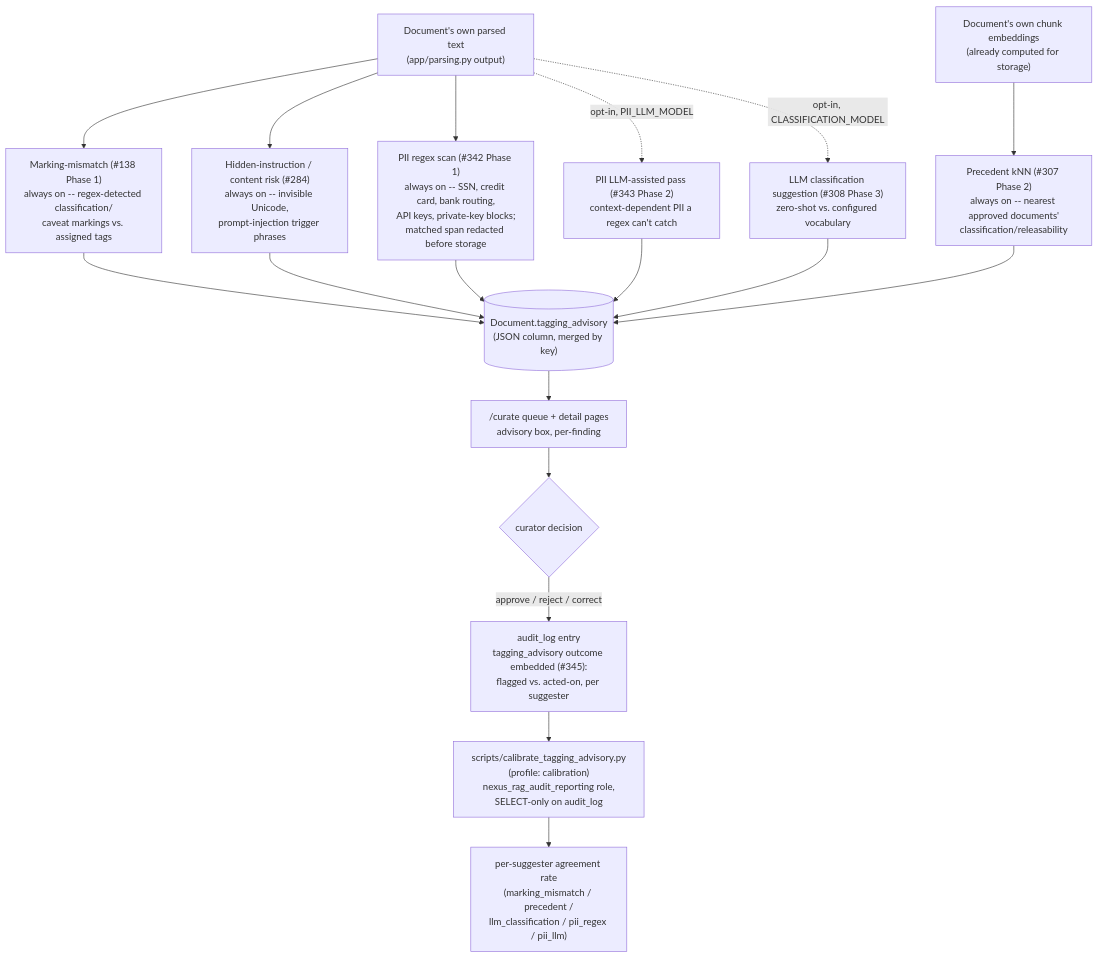
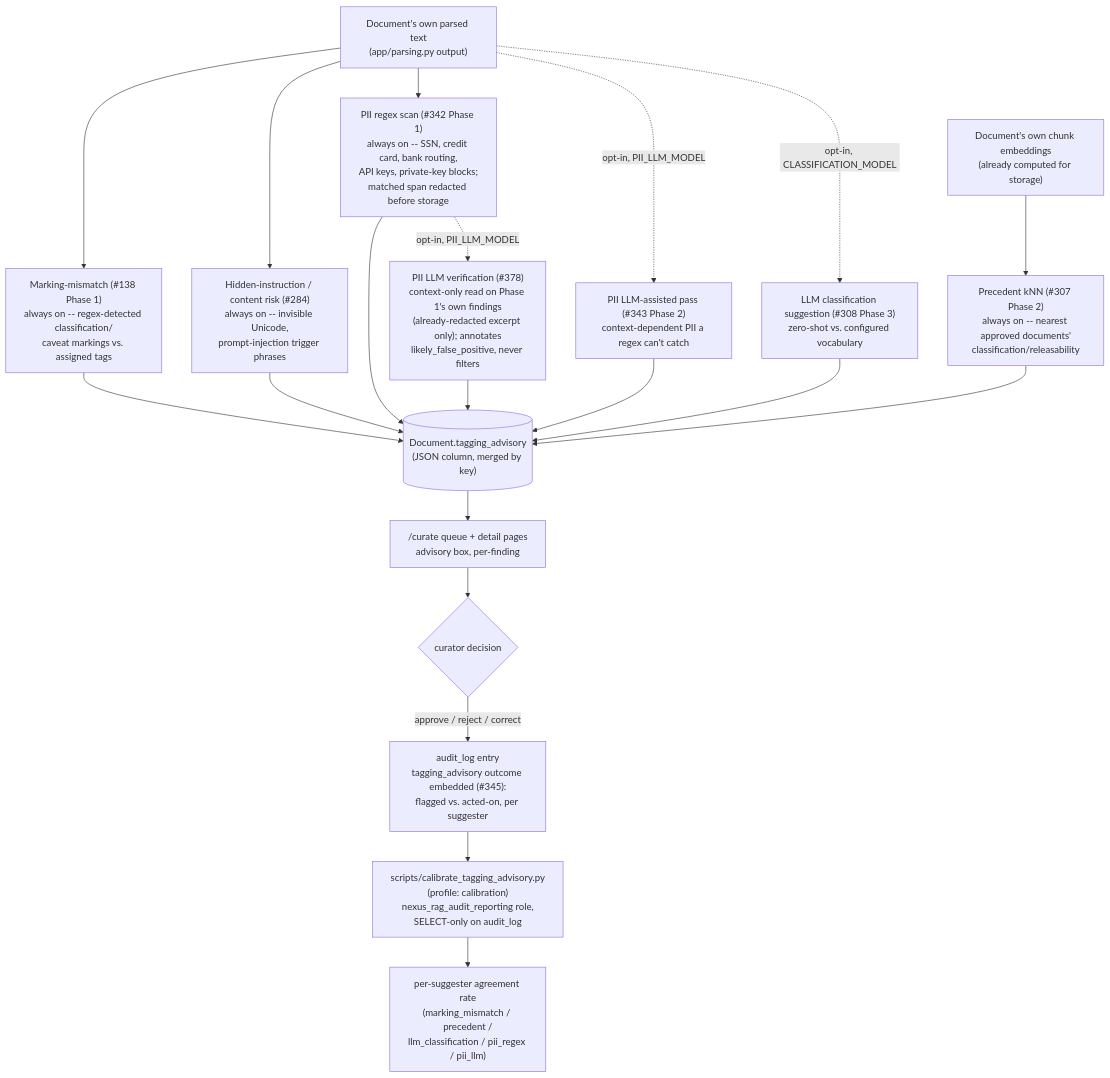
The eighth of 9 diagrams in ARCHITECTURE.md (allamiro/nexus-rag), drawn with Mermaid before and after one commit. The commit also changed other lines of this file and 9 other files, not shown here.

First line of the commit message:
Verify Phase 1 PII regex findings with the LLM pass to cut false positives (#378) (#379)

````diff
--- a/ARCHITECTURE.md
+++ b/ARCHITECTURE.md
@@ -444,19 +444,20 @@
 ```mermaid
 flowchart TD
     text["Document's own parsed text<br/>(app/parsing.py output)"]
     vec["Document's own chunk embeddings<br/>(already computed for storage)"]
 
     text --> s1["Marking-mismatch (#138 Phase 1)<br/>always on -- regex-detected classification/<br/>caveat markings vs. assigned tags"]
     text --> s2["Hidden-instruction / content risk (#284)<br/>always on -- invisible Unicode,<br/>prompt-injection trigger phrases"]
     text --> s3["PII regex scan (#342 Phase 1)<br/>always on -- SSN, credit card, bank routing,<br/>API keys, private-key blocks;<br/>matched span redacted before storage"]
+    s3 -.->|opt-in, PII_LLM_MODEL| s3v["PII LLM verification (#378)<br/>context-only read on Phase 1's own findings<br/>(already-redacted excerpt only); annotates<br/>likely_false_positive, never filters"]
     text -.->|opt-in, PII_LLM_MODEL| s4["PII LLM-assisted pass (#343 Phase 2)<br/>context-dependent PII a regex can't catch"]
     text -.->|opt-in, CLASSIFICATION_MODEL| s5["LLM classification suggestion (#308 Phase 3)<br/>zero-shot vs. configured vocabulary"]
     vec --> s6["Precedent kNN (#307 Phase 2)<br/>always on -- nearest approved documents'<br/>classification/releasability"]
 
-    s1 & s2 & s3 & s4 & s5 & s6 --> col[("Document.tagging_advisory<br/>(JSON column, merged by key)")]
+    s1 & s2 & s3 & s3v & s4 & s5 & s6 --> col[("Document.tagging_advisory<br/>(JSON column, merged by key)")]
     col --> ui["/curate queue + detail pages<br/>advisory box, per-finding"]
     ui --> dec{"curator decision"}
     dec -->|approve / reject / correct| audit["audit_log entry<br/>tagging_advisory outcome embedded (#345):<br/>flagged vs. acted-on, per suggester"]
     audit --> calib["scripts/calibrate_tagging_advisory.py<br/>(profile: calibration)<br/>nexus_rag_audit_reporting role,<br/>SELECT-only on audit_log"]
     calib --> report["per-suggester agreement rate<br/>(marking_mismatch / precedent /<br/>llm_classification / pii_regex / pii_llm)"]
 ```
````
